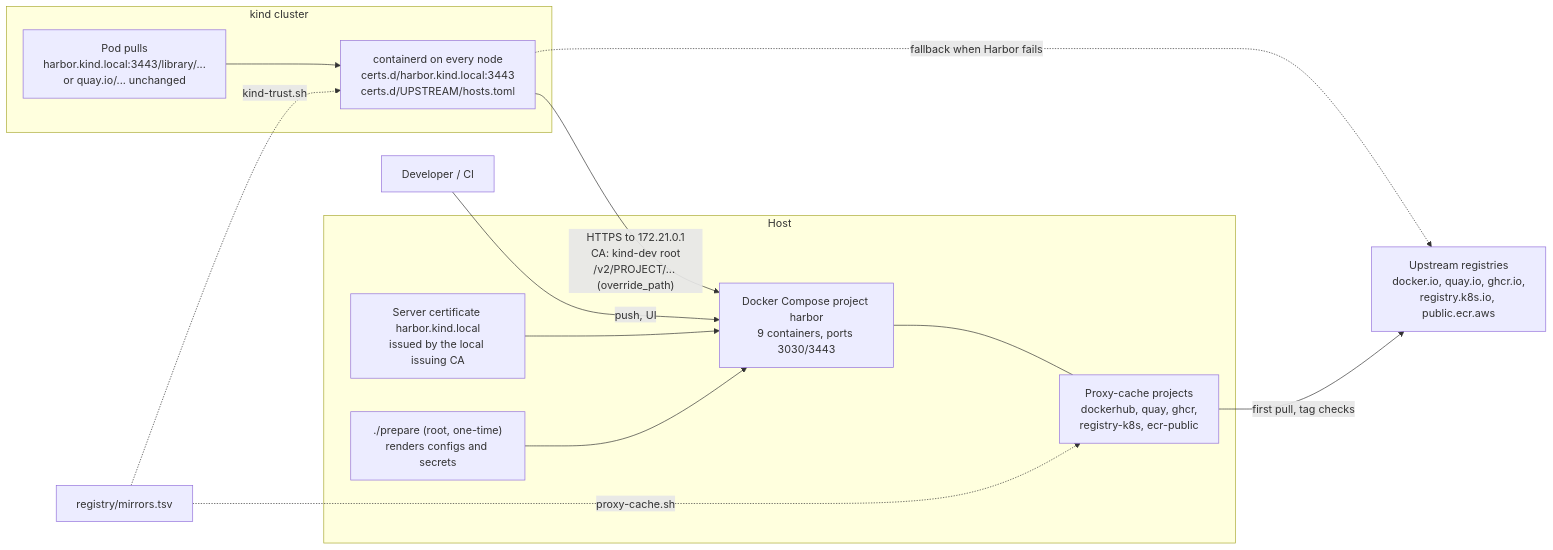
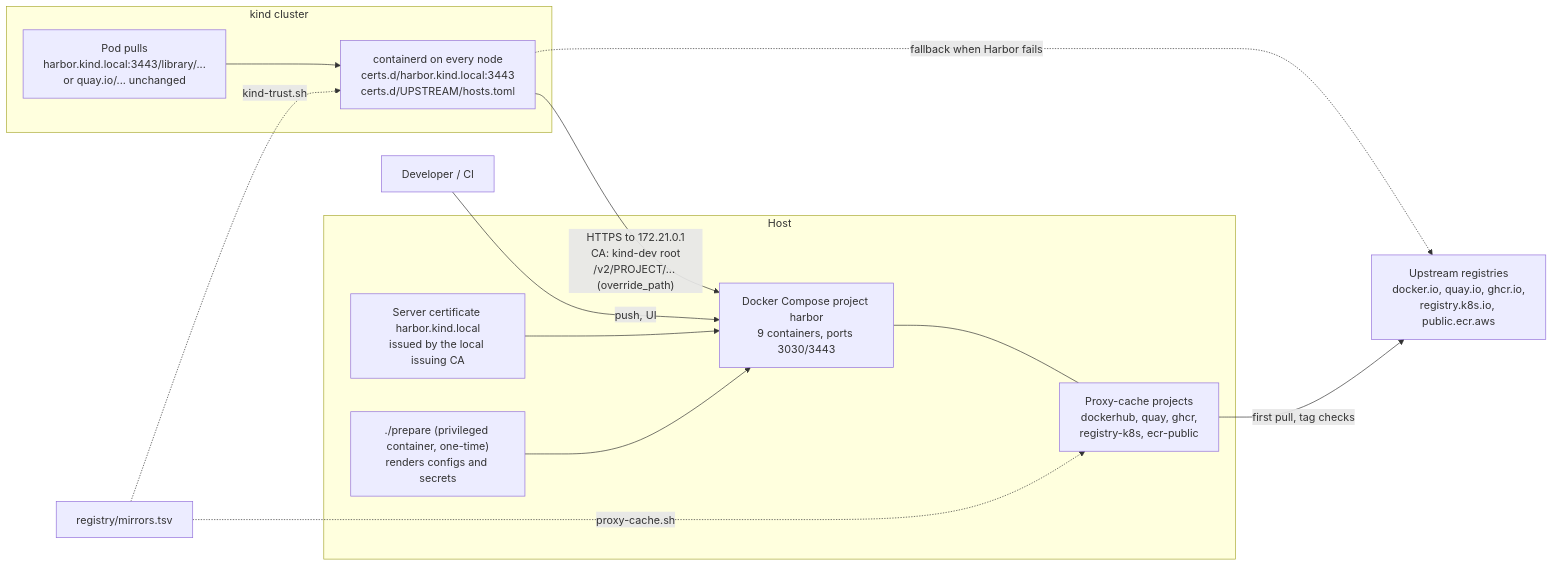
One commit to leopold2410/devcluster changed the third of 7 diagrams in architecture.md. Above: the diagram before and after it, drawn with Mermaid. The commit also changed other lines of this file and 2 other files, not shown here.

````diff
--- a/architecture.md
+++ b/architecture.md
@@ -153,26 +153,26 @@
 ```mermaid
 flowchart LR
     subgraph hostside["Host"]
         compose["Docker Compose project harbor<br/>9 containers, ports 3030/3443"]
         proxies["Proxy-cache projects<br/>dockerhub, quay, ghcr,<br/>registry-k8s, ecr-public"]
         cert["Server certificate harbor.kind.local<br/>issued by the local issuing CA"]
-        prep["./prepare (root, one-time)<br/>renders configs and secrets"]
+        prep["./prepare (privileged container, one-time)<br/>renders configs and secrets"]
     end
     subgraph clusterside["kind cluster"]
         containerd["containerd on every node<br/>certs.d/harbor.kind.local:3443<br/>certs.d/UPSTREAM/hosts.toml"]
         pod["Pod pulls<br/>harbor.kind.local:3443/library/...<br/>or quay.io/... unchanged"]
     end
     upstream["Upstream registries<br/>docker.io, quay.io, ghcr.io,<br/>registry.k8s.io, public.ecr.aws"]
     table["registry/mirrors.tsv"]
 
     prep --> compose
     cert --> compose
     compose --- proxies
     proxies -->|"first pull, tag checks"| upstream
     containerd -->|"HTTPS to 172.21.0.1<br/>CA: kind-dev root<br/>/v2/PROJECT/... (override_path)"| compose
     containerd -.->|"fallback when Harbor fails"| upstream
     pod --> containerd
     dev["Developer / CI"] -->|"push, UI"| compose
     table -.->|"proxy-cache.sh"| proxies
     table -.->|"kind-trust.sh"| containerd
 ```
````
